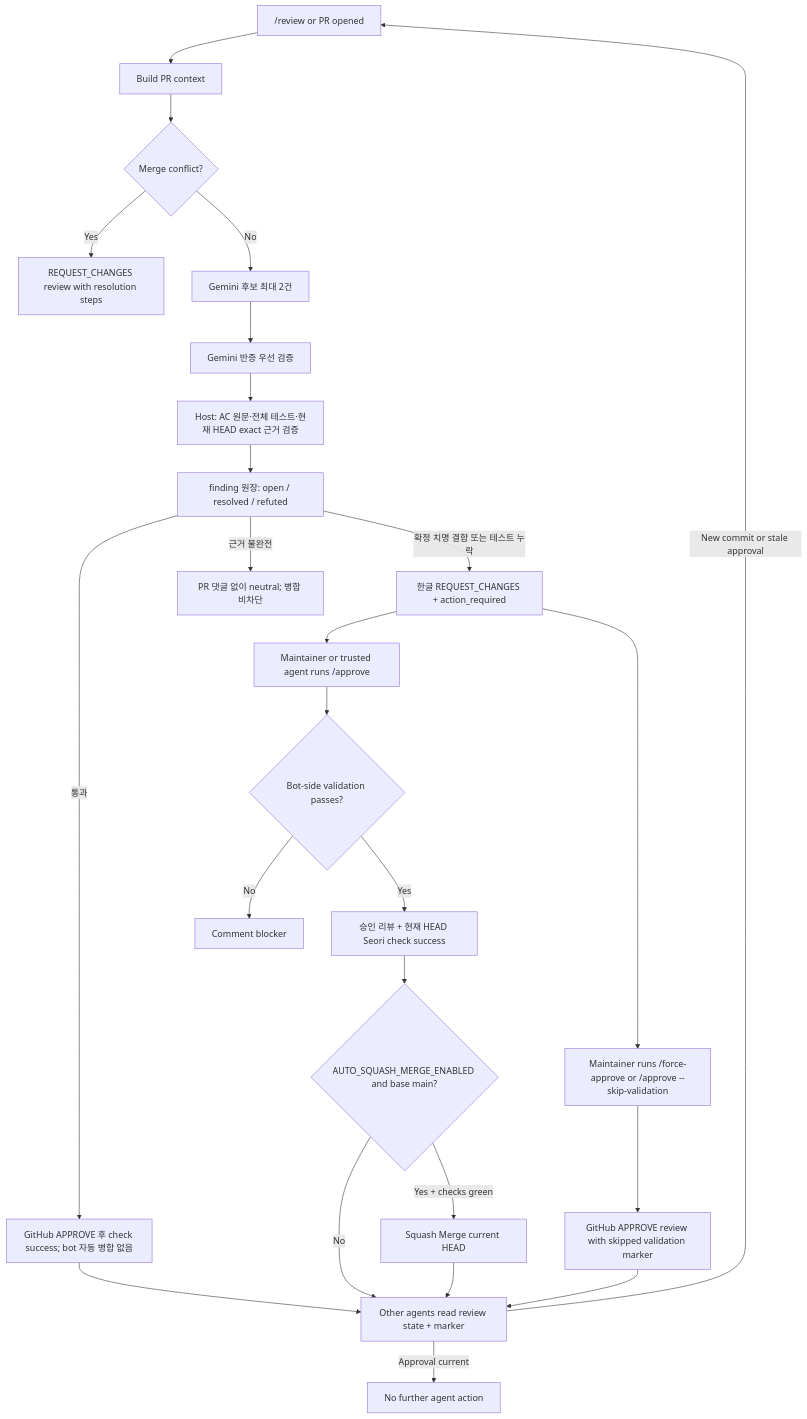
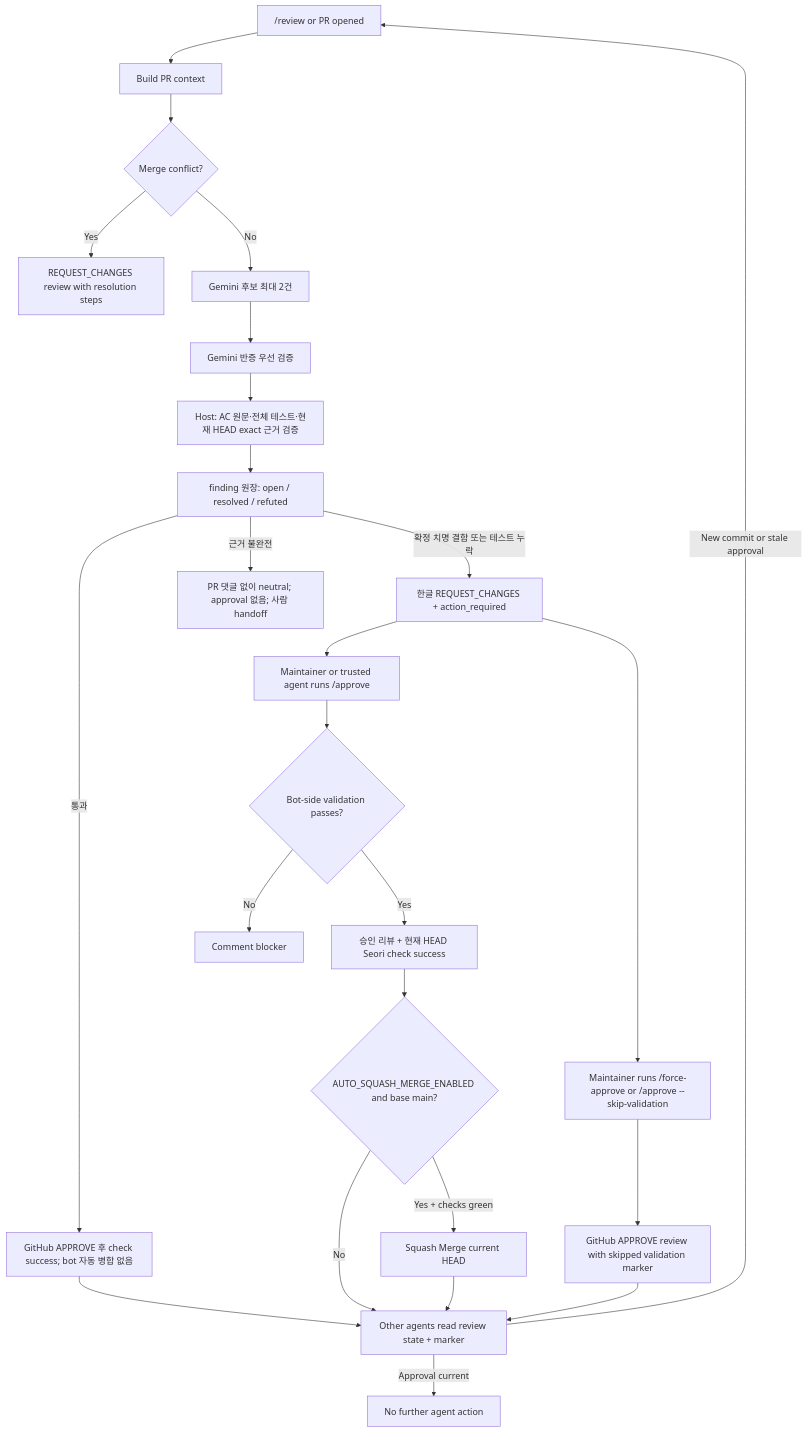
One commit to seorilabs/gemini-pr-bot changed the second of 4 diagrams in README.md. Above: the diagram before and after it, drawn with Mermaid. The commit also changed other lines of this file and 12 other files, not shown here.

````diff
--- a/README.md
+++ b/README.md
@@ -84,27 +91,27 @@
 ```mermaid
 flowchart TD
   Review["/review or PR opened"] --> Context["Build PR context"]
   Context --> Conflict{"Merge conflict?"}
   Conflict -->|Yes| RequestChanges["REQUEST_CHANGES review with resolution steps"]
   Conflict -->|No| Candidate["Gemini 후보 최대 2건"]
   Candidate --> Verifier["Gemini 반증 우선 검증"]
   Verifier --> Host["Host: AC 원문·전체 테스트·현재 HEAD exact 근거 검증"]
   Host --> Ledger["finding 원장: open / resolved / refuted"]
   Ledger -->|"확정 치명 결함 또는 테스트 누락"| Output["한글 REQUEST_CHANGES + action_required"]
-  Ledger -->|"근거 불완전"| Neutral["PR 댓글 없이 neutral; 병합 비차단"]
+  Ledger -->|"근거 불완전"| Neutral["PR 댓글 없이 neutral; approval 없음; 사람 handoff"]
   Ledger -->|통과| GateApproval["GitHub APPROVE 후 check success; bot 자동 병합 없음"]
   Output --> Approve["Maintainer or trusted agent runs /approve"]
   Approve --> Validation{"Bot-side validation passes?"}
   Validation -->|Yes| Approval["승인 리뷰 + 현재 HEAD Seori check success"]
   Validation -->|No| Block["Comment blocker"]
   Output --> ForceApprove["Maintainer runs /force-approve or /approve --skip-validation"]
   ForceApprove --> ForceApproval["GitHub APPROVE review with skipped validation marker"]
   GateApproval --> Agent
   Approval --> AutoMerge{"AUTO_SQUASH_MERGE_ENABLED and base main?"}
   AutoMerge -->|Yes + checks green| Squash["Squash Merge current HEAD"]
   AutoMerge -->|No| Agent
   Squash --> Agent
   ForceApproval --> Agent["Other agents read review state + marker"]
   Agent -->|Approval current| Stop["No further agent action"]
   Agent -->|New commit or stale approval| Review
 ```
````
